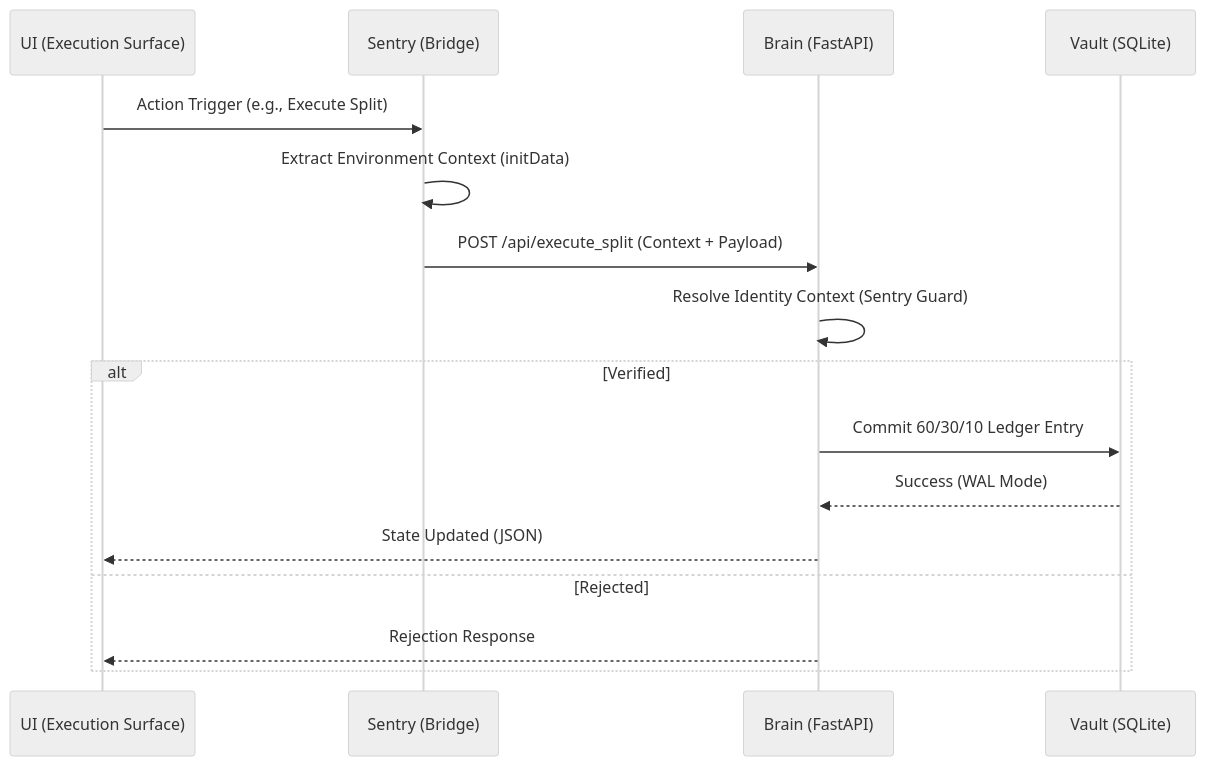
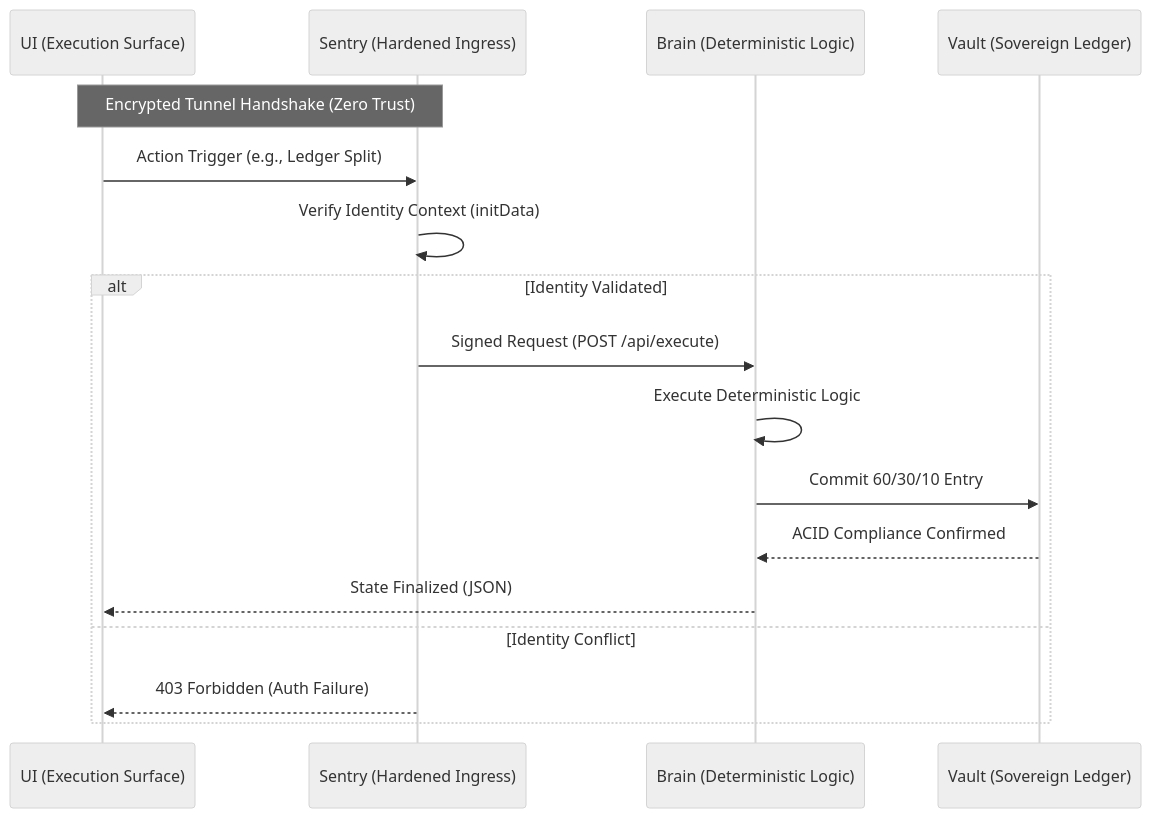
The diagram in docs/ARCHITECTURE.md (arhantbarmate/nexus-core), drawn with Mermaid (neutral theme) before and after one commit. The commit also changed other lines of this file and 225 other files, not shown here.

Commit message:
feat(core): harden ingress and failure modes, prune mobile bloat, and anchor ecosystem adapters v1.4.0

````diff
--- a/docs/ARCHITECTURE.md
+++ b/docs/ARCHITECTURE.md
@@ -12,19 +11,21 @@
 ```mermaid
 sequenceDiagram
     participant U as UI (Execution Surface)
-    participant S as Sentry (Bridge)
-    participant B as Brain (FastAPI)
-    participant V as Vault (SQLite)
+    participant S as Sentry (Hardened Ingress)
+    participant B as Brain (Deterministic Logic)
+    participant V as Vault (Sovereign Ledger)
 
-    U->>S: Action Trigger (e.g., Execute Split)
-    S->>S: Extract Environment Context (initData)
-    S->>B: POST /api/execute_split (Context + Payload)
-    B->>B: Resolve Identity Context (Sentry Guard)
-    alt Verified
-        B->>V: Commit 60/30/10 Ledger Entry
-        V-->>B: Success (WAL Mode)
-        B-->>U: State Updated (JSON)
-    else Rejected
-        B-->>U: Rejection Response
+    Note over U,S: Encrypted Tunnel Handshake (Zero Trust)
+    U->>S: Action Trigger (e.g., Ledger Split)
+    S->>S: Verify Identity Context (initData)
+    
+    alt Identity Validated
+        S->>B: Signed Request (POST /api/execute)
+        B->>B: Execute Deterministic Logic
+        B->>V: Commit 60/30/10 Entry
+        V-->>B: ACID Compliance Confirmed
+        B-->>U: State Finalized (JSON)
+    else Identity Conflict
+        S-->>U: 403 Forbidden (Auth Failure)
     end
 ```
````
